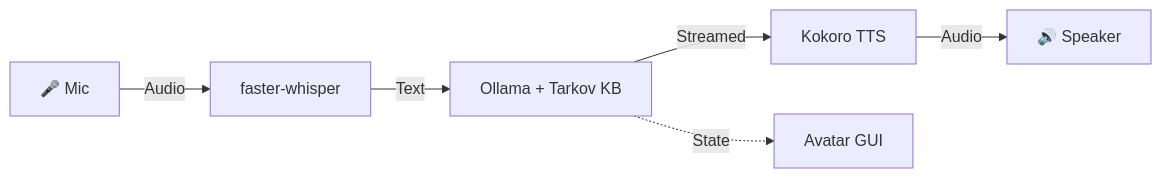
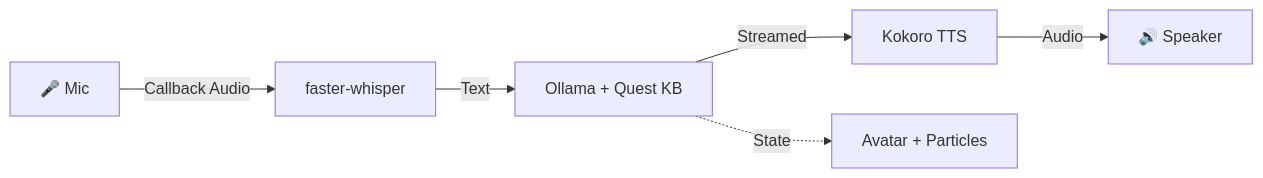
Before and after one commit to Bossiq/Tarkov_AI_Frriend: the diagram in README.md, drawn with Mermaid. The commit also changed other lines of this file and 2 other files, not shown here.

First line of the commit message:
v5.0: Callback audio (fixes listener block), particle effects, micro-sway

````diff
--- a/README.md
+++ b/README.md
@@ -65,8 +65,8 @@
 ```mermaid
 graph LR
-    A[🎤 Mic] -->|Audio| B[faster-whisper]
-    B -->|Text| C[Ollama + Tarkov KB]
+    A[🎤 Mic] -->|Callback Audio| B[faster-whisper]
+    B -->|Text| C[Ollama + Quest KB]
     C -->|Streamed| D[Kokoro TTS]
     D -->|Audio| E[🔊 Speaker]
-    C -.->|State| F[Avatar GUI]
+    C -.->|State| F[Avatar + Particles]
 ```
````
